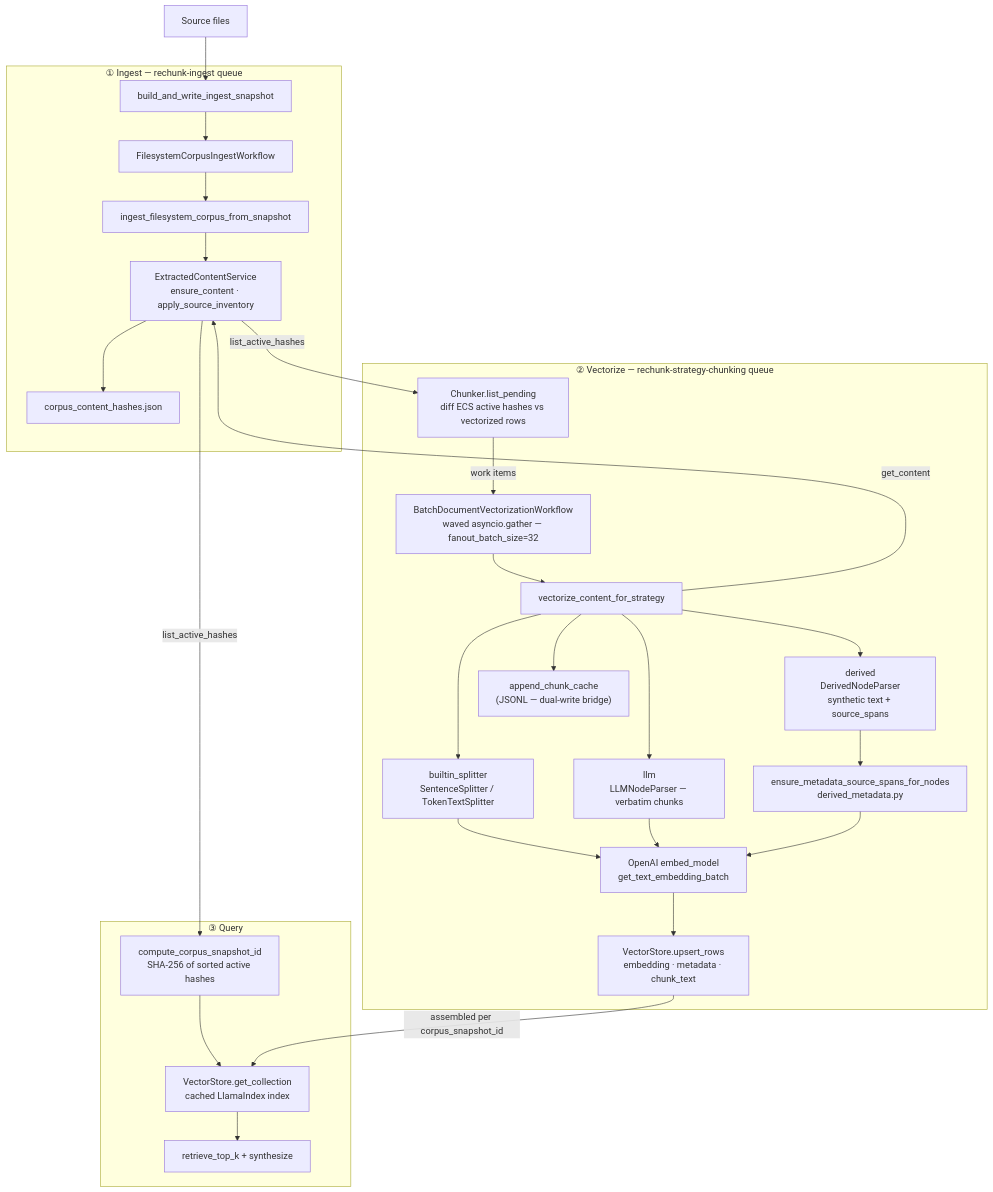
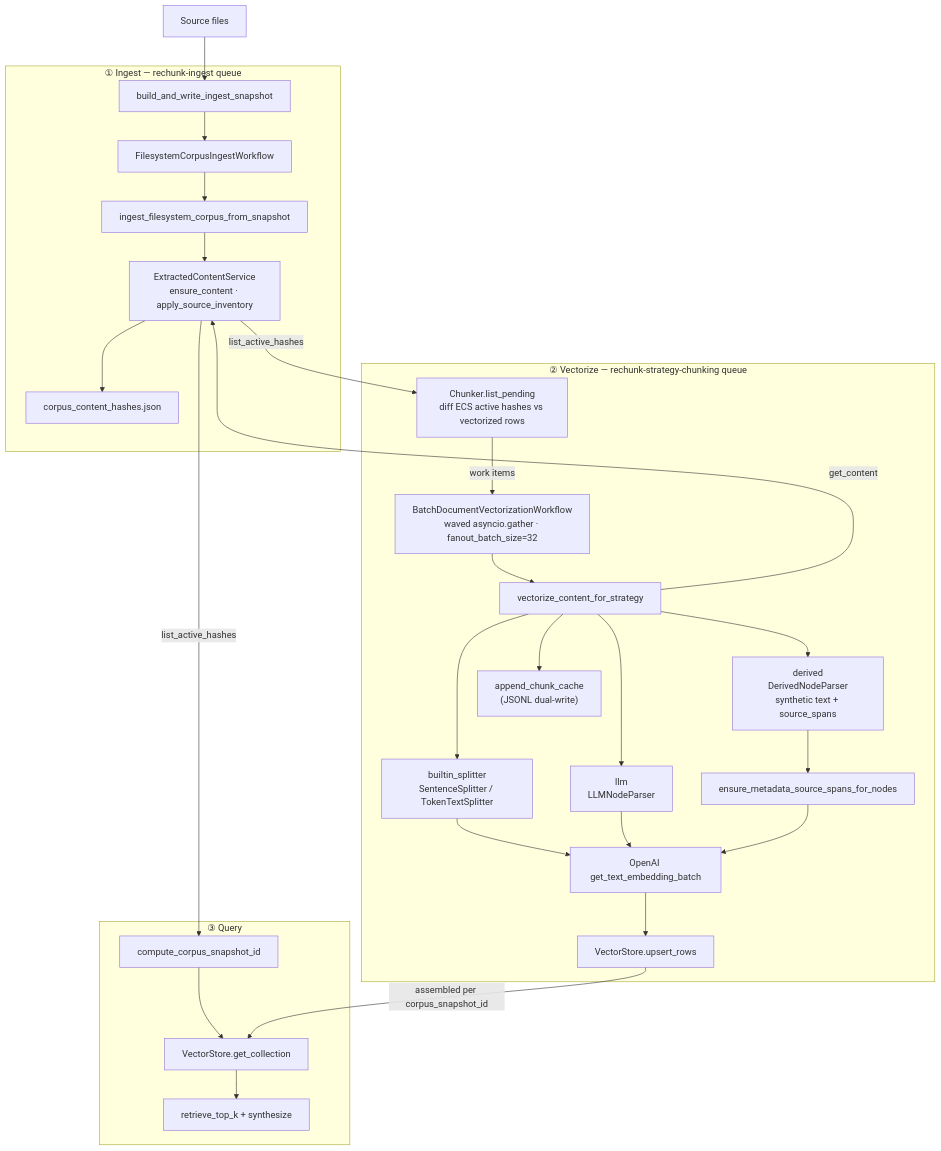
The second of 3 diagrams in README.md (chessstetson/rechunk), drawn with Mermaid before and after one commit. The commit also changed other lines of this file, not shown here.

````diff
--- a/README.md
+++ b/README.md
@@ -159,46 +159,44 @@
 ```mermaid
 flowchart TD
     SRC["Source files"]
 
     subgraph ingest ["① Ingest  —  rechunk-ingest queue"]
         SNAP["build_and_write_ingest_snapshot"]
         WFI["FilesystemCorpusIngestWorkflow"]
         ACT_I["ingest_filesystem_corpus_from_snapshot"]
         ECS["ExtractedContentService\nensure_content · apply_source_inventory"]
         MAN["corpus_content_hashes.json"]
     end
 
     subgraph vec ["② Vectorize  —  rechunk-strategy-chunking queue"]
         DIFF["Chunker.list_pending\ndiff ECS active hashes vs vectorized rows"]
-        WFV["BatchDocumentVectorizationWorkflow\nwaved asyncio.gather — fanout_batch_size=32"]
+        WFV["BatchDocumentVectorizationWorkflow\nwaved asyncio.gather · fanout_batch_size=32"]
         ACT_V["vectorize_content_for_strategy"]
         P1["builtin_splitter\nSentenceSplitter / TokenTextSplitter"]
-        P2["llm\nLLMNodeParser — verbatim chunks"]
+        P2["llm\nLLMNodeParser"]
         P3["derived\nDerivedNodeParser\nsynthetic text + source_spans"]
-        SPANS["ensure_metadata_source_spans_for_nodes\nderived_metadata.py"]
-        EMBED["OpenAI embed_model\nget_text_embedding_batch"]
-        ROWS["VectorStore.upsert_rows\nembedding · metadata · chunk_text"]
-        CACHE["append_chunk_cache\n(JSONL — dual-write bridge)"]
+        SPANS["ensure_metadata_source_spans_for_nodes"]
+        EMBED["OpenAI get_text_embedding_batch"]
+        ROWS["VectorStore.upsert_rows"]
+        CACHE["append_chunk_cache\n(JSONL dual-write)"]
     end
 
     subgraph query ["③ Query"]
-        CSI["compute_corpus_snapshot_id\nSHA-256 of sorted active hashes"]
-        COL["VectorStore.get_collection\ncached LlamaIndex index"]
+        CSI["compute_corpus_snapshot_id"]
+        COL["VectorStore.get_collection"]
         RAG["retrieve_top_k + synthesize"]
     end
 
     SRC --> SNAP --> WFI --> ACT_I --> ECS --> MAN
     ECS -->|list_active_hashes| DIFF
     DIFF -->|work items| WFV --> ACT_V
     ACT_V -->|get_content| ECS
     ACT_V --> P1 & P2 & P3
     P3 --> SPANS
-    P1 & P2 & SPANS --> EMBED
-    EMBED --> ROWS
+    P1 & P2 & SPANS --> EMBED --> ROWS
     ACT_V --> CACHE
-
     ECS -->|list_active_hashes| CSI
     CSI --> COL
     ROWS -->|assembled per corpus_snapshot_id| COL
     COL --> RAG
 ```
````
